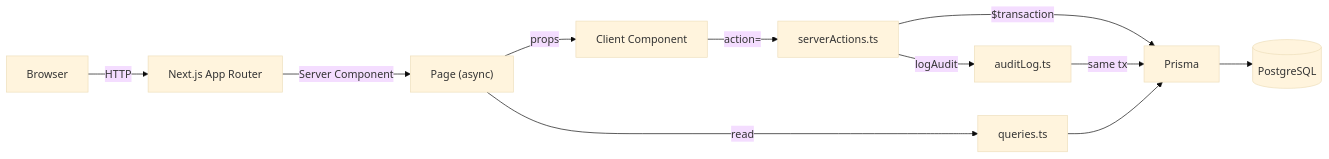
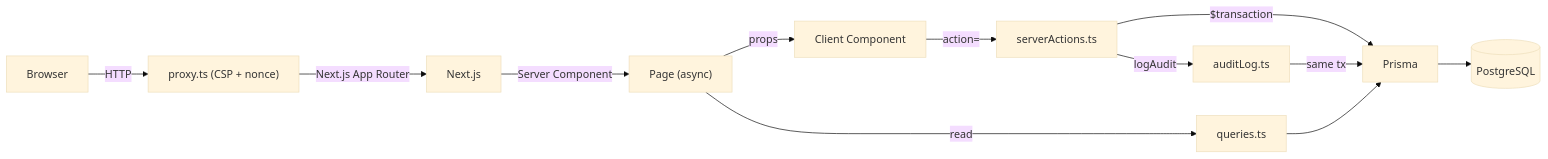
Before and after one commit to MikkoNumminen/HRManager: the diagram in README.md, drawn with Mermaid (base theme). The commit also changed other lines of this file and 1 other file, not shown here.

First line of the commit message:
docs: add CSP and proxy to README and CLAUDE.md

````diff
--- a/README.md
+++ b/README.md
@@ -64,13 +64,14 @@
 ```mermaid
 graph LR
-    Browser -->|HTTP| Next["Next.js App Router"]
+    Browser -->|HTTP| Proxy["proxy.ts (CSP + nonce)"]
+    Proxy -->|Next.js App Router| Next["Next.js"]
     Next -->|Server Component| SC["Page (async)"]
     SC -->|read| Q["queries.ts"]
     SC -->|props| CC["Client Component"]
     CC -->|action=| SA["serverActions.ts"]
     SA -->|$transaction| Prisma
     SA -->|logAudit| Audit["auditLog.ts"]
     Audit -->|same tx| Prisma
     Q --> Prisma
     Prisma --> PG[(PostgreSQL)]
 ```
````
